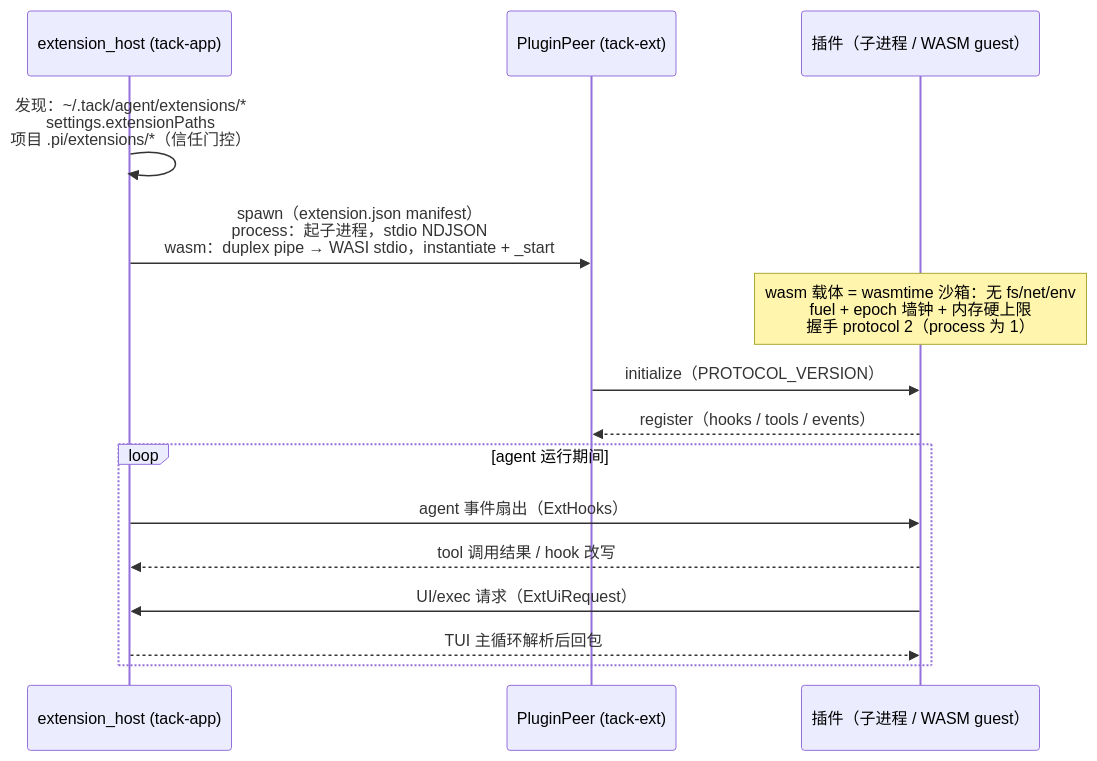
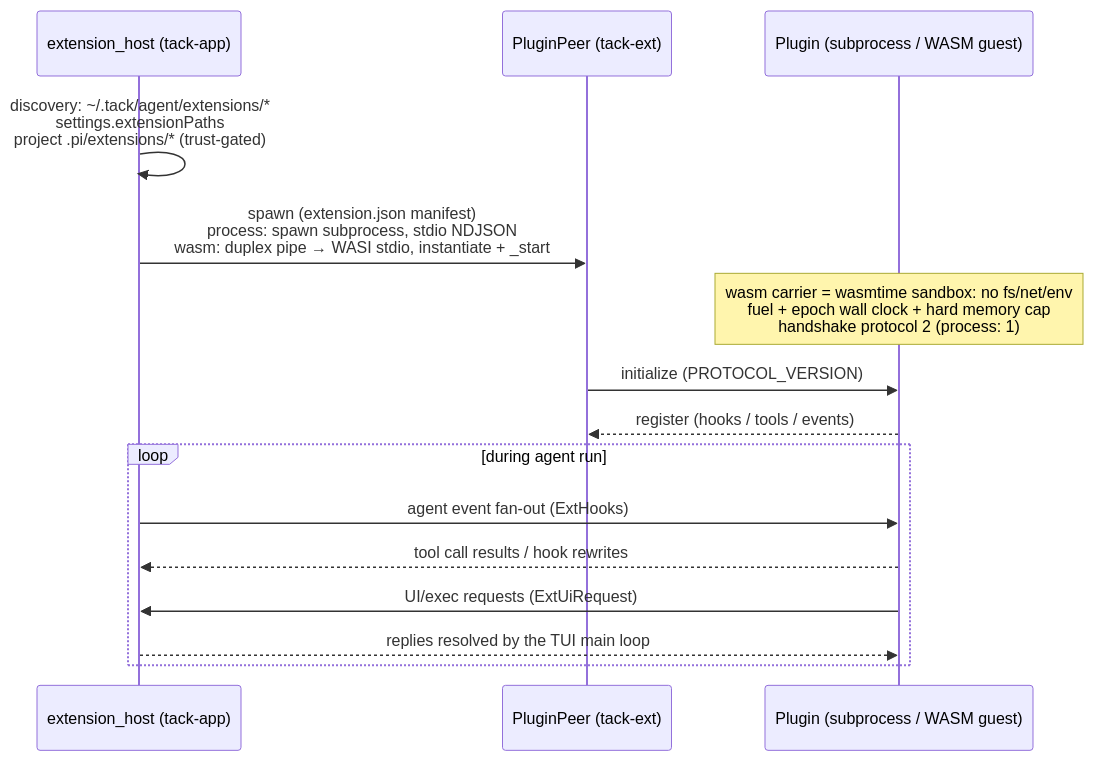
The ninth of 11 diagrams in docs/architecture.md (Tack-AI/tack), drawn with Mermaid before and after one commit. The commit also changed other lines of this file and 46 other files, not shown here.

````diff
--- a/docs/architecture.md
+++ b/docs/architecture.md
@@ -296,18 +309,18 @@
 ```mermaid
 sequenceDiagram
     participant H as extension_host (tack-app)
     participant P as PluginPeer (tack-ext)
-    participant X as 插件（子进程 / WASM guest）
+    participant X as Plugin (subprocess / WASM guest)
 
-    H->>H: 发现：~/.tack/agent/extensions/*<br/>settings.extensionPaths<br/>项目 .pi/extensions/*（信任门控）
-    H->>P: spawn（extension.json manifest）<br/>process：起子进程，stdio NDJSON<br/>wasm：duplex pipe → WASI stdio，instantiate + _start
-    Note over X: wasm 载体 = wasmtime 沙箱：无 fs/net/env<br/>fuel + epoch 墙钟 + 内存硬上限<br/>握手 protocol 2（process 为 1）
-    P->>X: initialize（PROTOCOL_VERSION）
-    X-->>P: register（hooks / tools / events）
-    loop agent 运行期间
-        H->>X: agent 事件扇出（ExtHooks）
-        X-->>H: tool 调用结果 / hook 改写
-        X->>H: UI/exec 请求（ExtUiRequest）
-        H-->>X: TUI 主循环解析后回包
+    H->>H: discovery: ~/.tack/agent/extensions/*<br/>settings.extensionPaths<br/>project .pi/extensions/* (trust-gated)
+    H->>P: spawn (extension.json manifest)<br/>process: spawn subprocess, stdio NDJSON<br/>wasm: duplex pipe → WASI stdio, instantiate + _start
+    Note over X: wasm carrier = wasmtime sandbox: no fs/net/env<br/>fuel + epoch wall clock + hard memory cap<br/>handshake protocol 2 (process: 1)
+    P->>X: initialize (PROTOCOL_VERSION)
+    X-->>P: register (hooks / tools / events)
+    loop during agent run
+        H->>X: agent event fan-out (ExtHooks)
+        X-->>H: tool call results / hook rewrites
+        X->>H: UI/exec requests (ExtUiRequest)
+        H-->>X: replies resolved by the TUI main loop
     end
 ```
````
